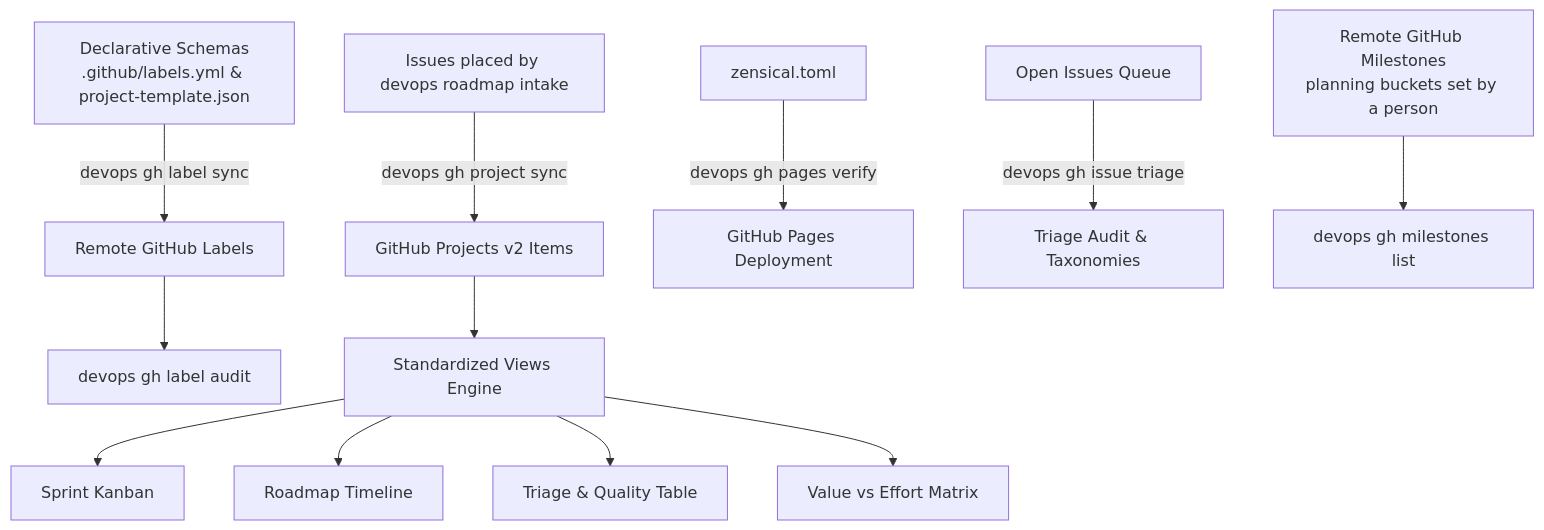
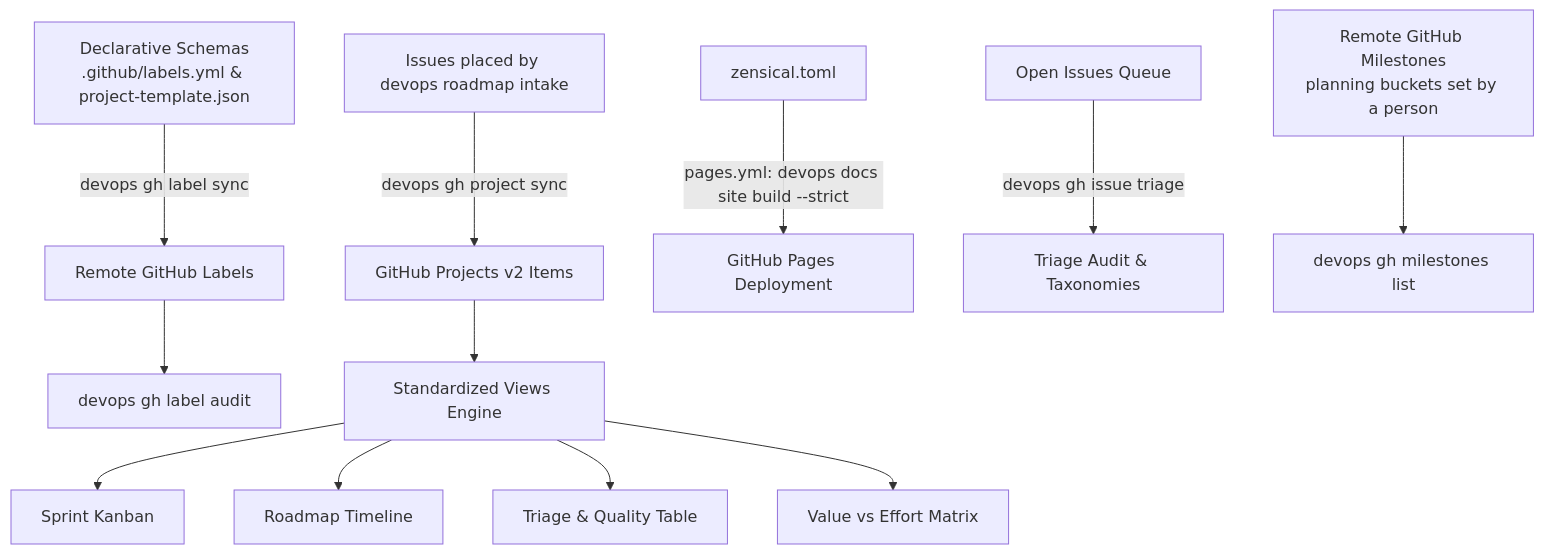
The diagram in src/devops_cli/ai/knowledge_base/devops_cli/tasks/github_project_management.md (dan-petty/devops-cli), drawn with Mermaid before and after one commit. The commit also changed other lines of this file and 26 other files, not shown here.

First line of the commit message:
chore(gh): remove the legacy Pages build tooling (#5297)

````diff
--- a/src/devops_cli/ai/knowledge_base/devops_cli/tasks/github_project_management.md
+++ b/src/devops_cli/ai/knowledge_base/devops_cli/tasks/github_project_management.md
@@ -17,14 +17,14 @@
 ```mermaid
 graph TD
     A[Declarative Schemas<br/>.github/labels.yml & project-template.json] -->|devops gh label sync| B[Remote GitHub Labels]
     E[Issues placed by devops roadmap intake] -->|devops gh project sync| F[GitHub Projects v2 Items]
-    G[zensical.toml] -->|devops gh pages verify| H[GitHub Pages Deployment]
+    G[zensical.toml] -->|"pages.yml: devops docs site build --strict"| H[GitHub Pages Deployment]
     I[Open Issues Queue] -->|devops gh issue triage| J[Triage Audit & Taxonomies]
     B --> K[devops gh label audit]
     D[Remote GitHub Milestones<br/>planning buckets set by a person] --> L[devops gh milestones list]
     F --> M[Standardized Views Engine]
     M --> N[Sprint Kanban]
     M --> O[Roadmap Timeline]
     M --> P[Triage & Quality Table]
     M --> Q[Value vs Effort Matrix]
 ```
````
